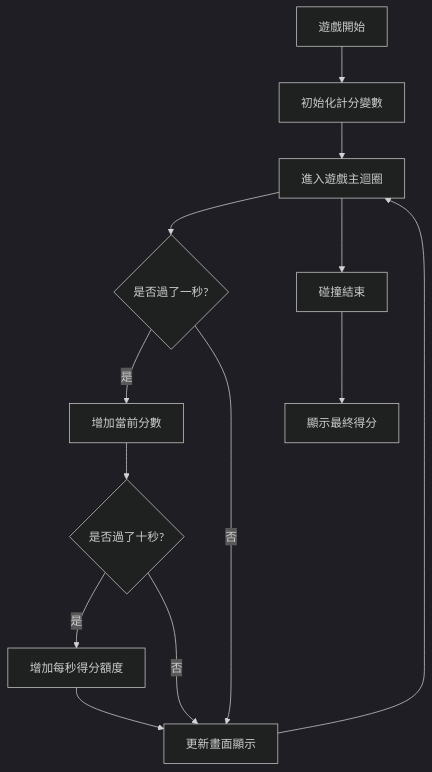
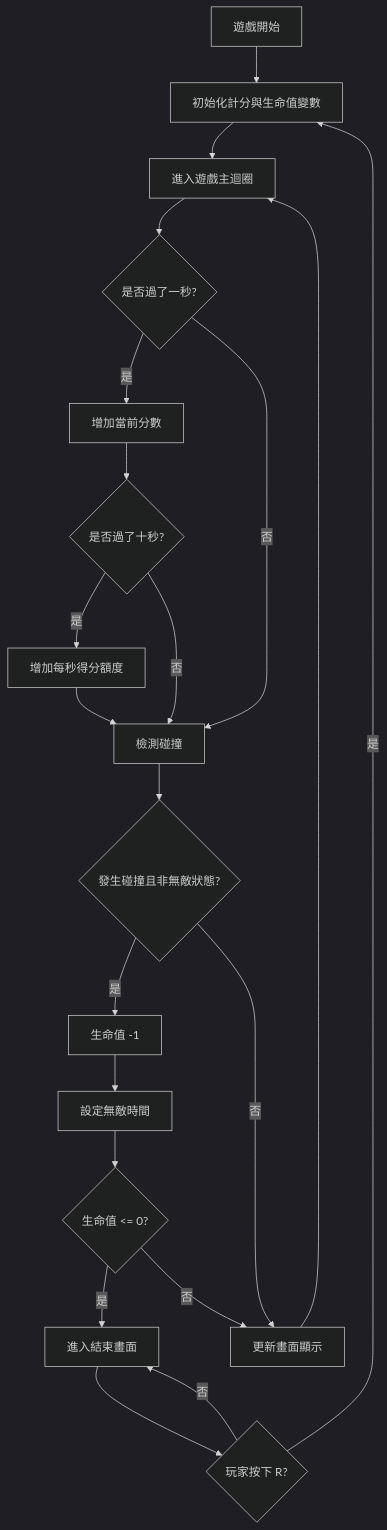
Before and after one commit to jaysu9600-cloud/Ninjas-must-live: the first of 3 diagrams in spec.md, drawn with Mermaid (dark theme). The commit also changed other lines of this file and 9 other files, not shown here.

````diff
--- a/spec.md
+++ b/spec.md
@@ -9,15 +21,23 @@
 ```mermaid
 graph TD
-    A[遊戲開始] --> B[初始化計分變數]
+    A[遊戲開始] --> B[初始化計分與生命值變數]
     B --> C[進入遊戲主迴圈]
     C --> D{是否過了一秒?}
     D -- 是 --> E[增加當前分數]
     E --> F{是否過了十秒?}
     F -- 是 --> G[增加每秒得分額度]
-    G --> H[更新畫面顯示]
+    G --> H[檢測碰撞]
     F -- 否 --> H
     D -- 否 --> H
-    H --> C
-    C --> I[碰撞結束]
-    I --> J[顯示最終得分]
+    H --> I{發生碰撞且非無敵狀態?}
+    I -- 是 --> J[生命值 -1]
+    J --> K[設定無敵時間]
+    K --> L{生命值 <= 0?}
+    L -- 是 --> M[進入結束畫面]
+    L -- 否 --> N[更新畫面顯示]
+    I -- 否 --> N
+    N --> C
+    M --> O{玩家按下 R?}
+    O -- 是 --> B
+    O -- 否 --> M
 ```
````
